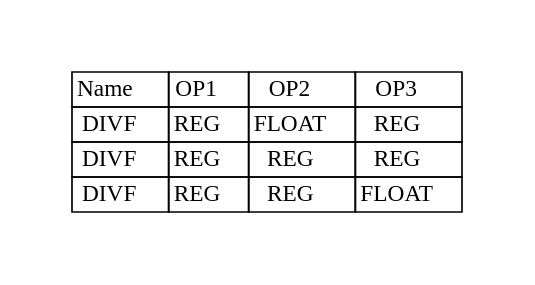
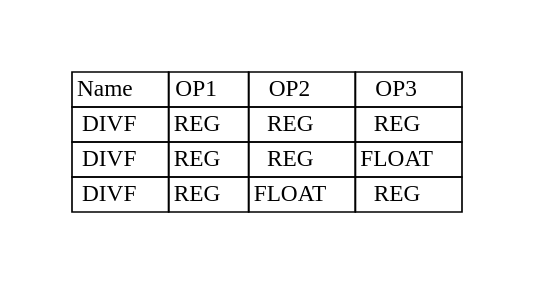
Before and after one commit to adesutherland/CREXX: the diagram in docs/books/crexx_vm_spec/svg/divf.gv, drawn with Graphviz. The commit also changed other lines of this file and 103 other files, not shown here.

```diff
--- a/docs/books/crexx_vm_spec/svg/divf.gv
+++ b/docs/books/crexx_vm_spec/svg/divf.gv
@@ -1,11 +1,11 @@
 digraph{
 graph [pad="0.5", nodesep="0.5", ranksep="2" ]
 node [shape=plain]
 Foo [label=<
 <table border="0" cellborder="1" cellspacing="0">
 <tr><td> Name </td> <td> OP1 </td><td> OP2 </td><td> OP3 </td> </tr>
-<tr><td> DIVF </td><td> REG </td><td> FLOAT </td><td> REG </td> </tr>
 <tr><td> DIVF </td><td> REG </td><td> REG </td><td> REG </td> </tr>
 <tr><td> DIVF </td><td> REG </td><td> REG </td><td> FLOAT </td> </tr>
+<tr><td> DIVF </td><td> REG </td><td> FLOAT </td><td> REG </td> </tr>
 </table>>];
 }
```
